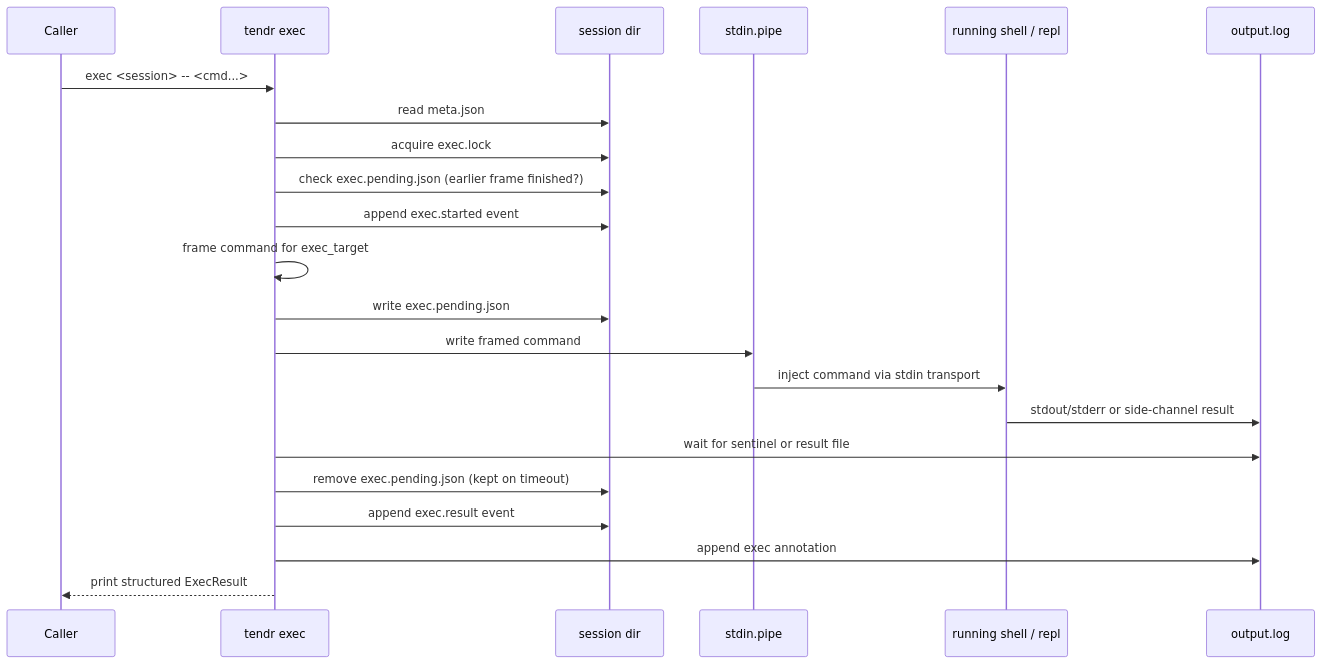
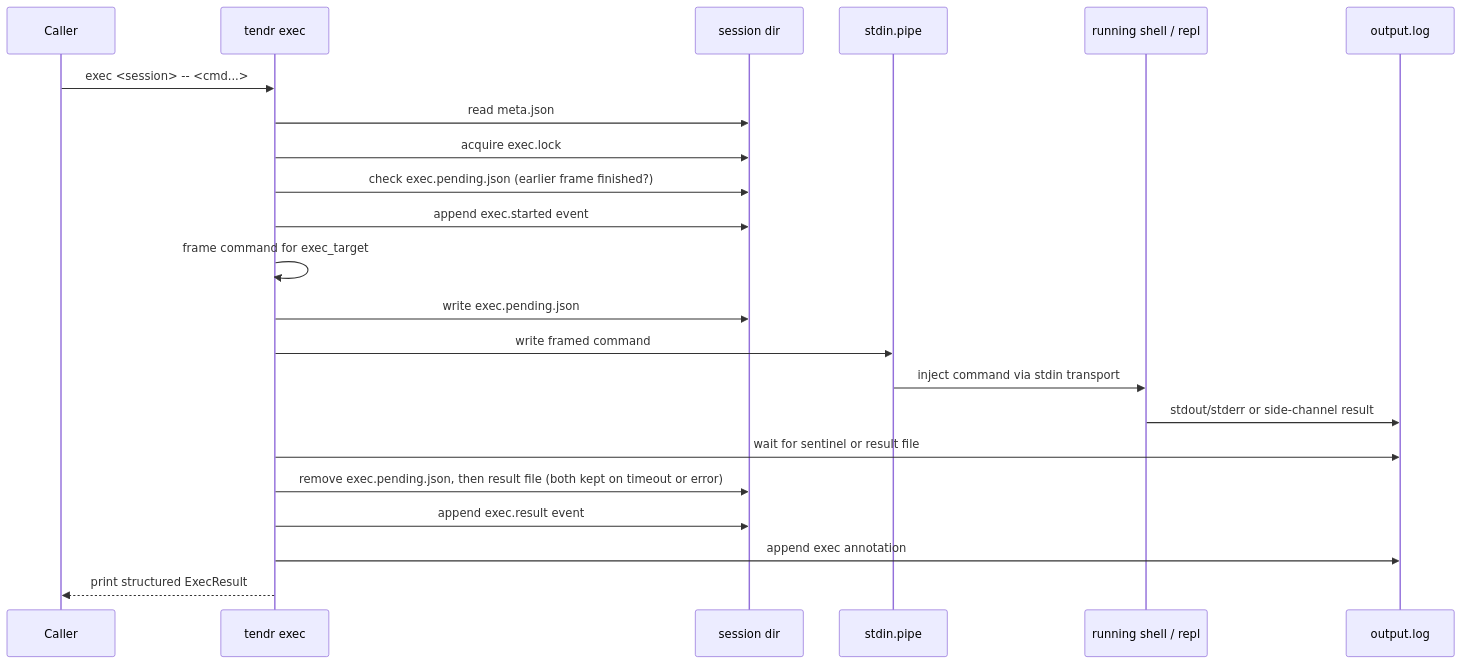
One commit to grumpydevorg/tendr changed the second of 4 diagrams in docs/architecture/05-key-flows.md. Above: the diagram before and after it, drawn with Mermaid. The commit also changed other lines of this file and 3 other files, not shown here.

````diff
--- a/docs/architecture/05-key-flows.md
+++ b/docs/architecture/05-key-flows.md
@@ -54,25 +54,25 @@
 ```mermaid
 sequenceDiagram
     participant Caller
     participant CLI as tendr exec
     participant Session as session dir
     participant FIFO as stdin.pipe
     participant Shell as running shell / repl
     participant Log as output.log
 
     Caller->>CLI: exec <session> -- <cmd...>
     CLI->>Session: read meta.json
     CLI->>Session: acquire exec.lock
     CLI->>Session: check exec.pending.json (earlier frame finished?)
     CLI->>Session: append exec.started event
     CLI->>CLI: frame command for exec_target
     CLI->>Session: write exec.pending.json
     CLI->>FIFO: write framed command
     FIFO->>Shell: inject command via stdin transport
     Shell->>Log: stdout/stderr or side-channel result
     CLI->>Log: wait for sentinel or result file
-    CLI->>Session: remove exec.pending.json (kept on timeout)
+    CLI->>Session: remove exec.pending.json, then result file (both kept on timeout or error)
     CLI->>Session: append exec.result event
     CLI->>Log: append exec annotation
     CLI-->>Caller: print structured ExecResult
 ```
````
